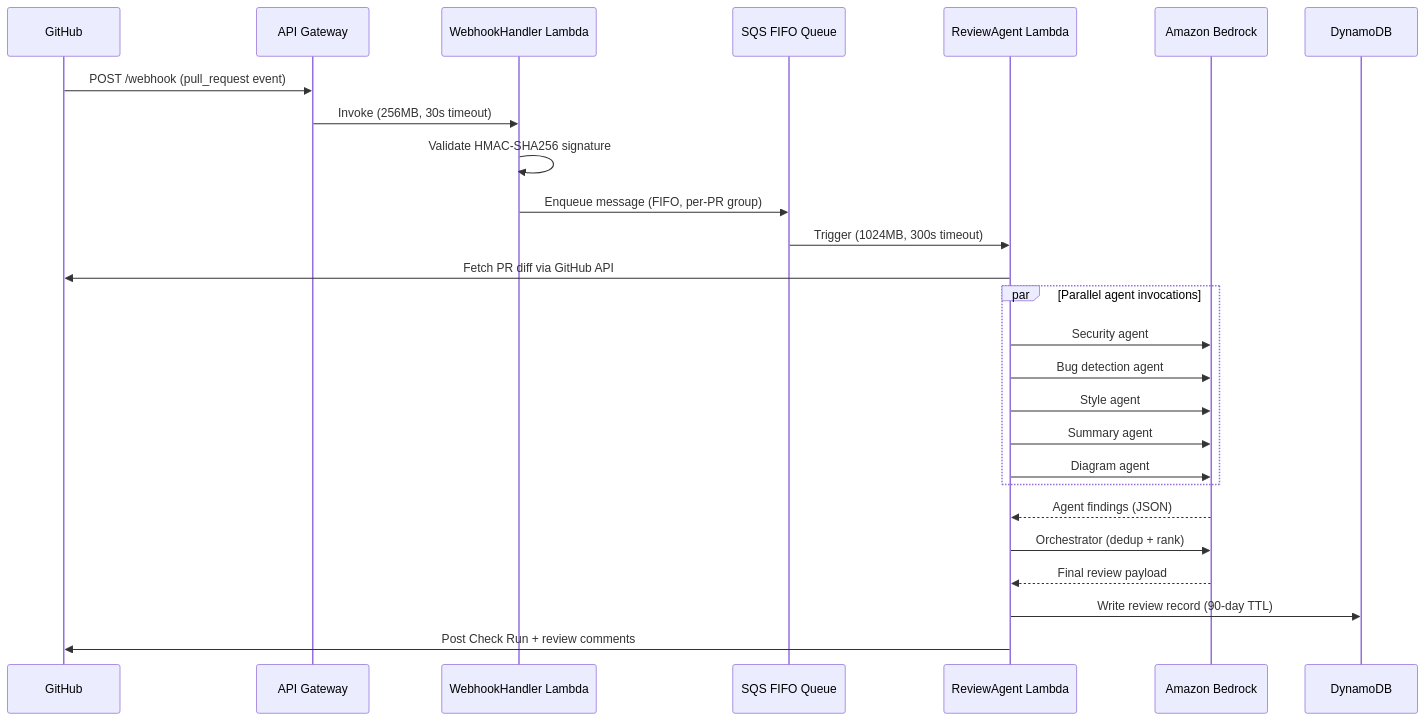
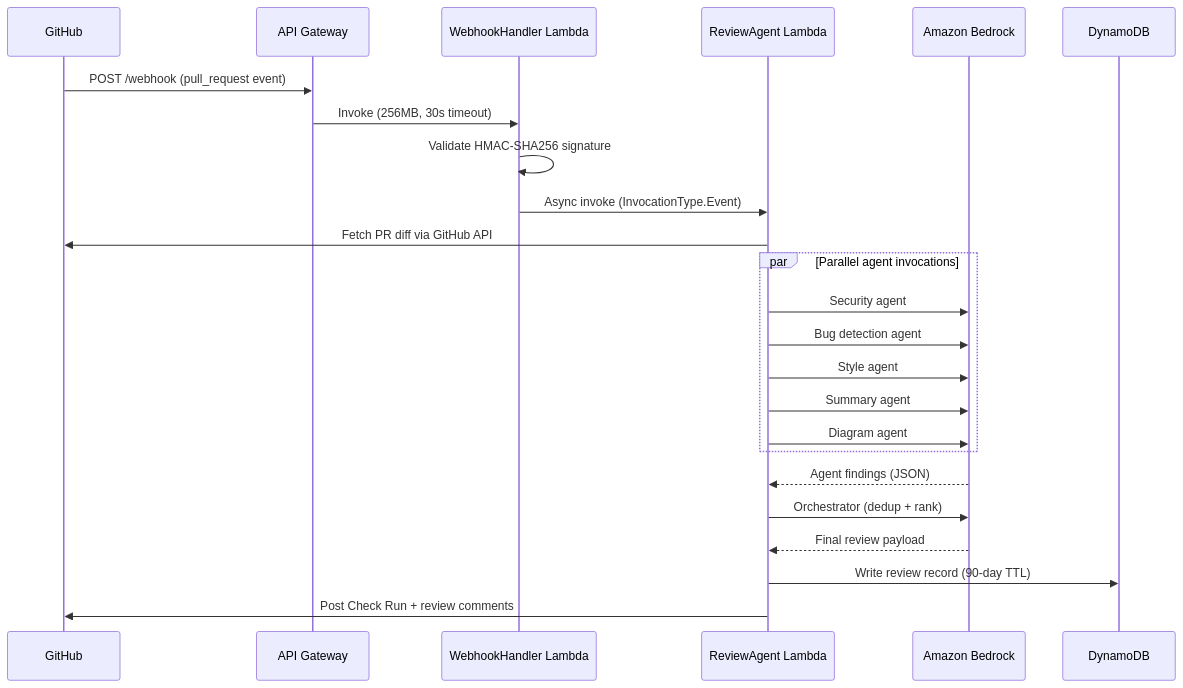
Before and after one commit to santthosh/documentation: the first of 4 diagrams in overview/how-it-works.mdx, drawn with Mermaid. The commit also changed other lines of this file and 11 other files, not shown here.

````diff
--- a/overview/how-it-works.mdx
+++ b/overview/how-it-works.mdx
@@ -10,29 +10,27 @@
 ```mermaid
 sequenceDiagram
     participant GH as GitHub
     participant AG as API Gateway
     participant WH as WebhookHandler Lambda
-    participant SQS as SQS FIFO Queue
     participant RA as ReviewAgent Lambda
     participant BR as Amazon Bedrock
     participant DB as DynamoDB
 
     GH->>AG: POST /webhook (pull_request event)
     AG->>WH: Invoke (256MB, 30s timeout)
     WH->>WH: Validate HMAC-SHA256 signature
-    WH->>SQS: Enqueue message (FIFO, per-PR group)
-    SQS->>RA: Trigger (1024MB, 300s timeout)
+    WH->>RA: Async invoke (InvocationType.Event)
     RA->>GH: Fetch PR diff via GitHub API
     par Parallel agent invocations
         RA->>BR: Security agent
         RA->>BR: Bug detection agent
         RA->>BR: Style agent
         RA->>BR: Summary agent
         RA->>BR: Diagram agent
     end
     BR-->>RA: Agent findings (JSON)
     RA->>BR: Orchestrator (dedup + rank)
     BR-->>RA: Final review payload
     RA->>DB: Write review record (90-day TTL)
     RA->>GH: Post Check Run + review comments
 ```
````
